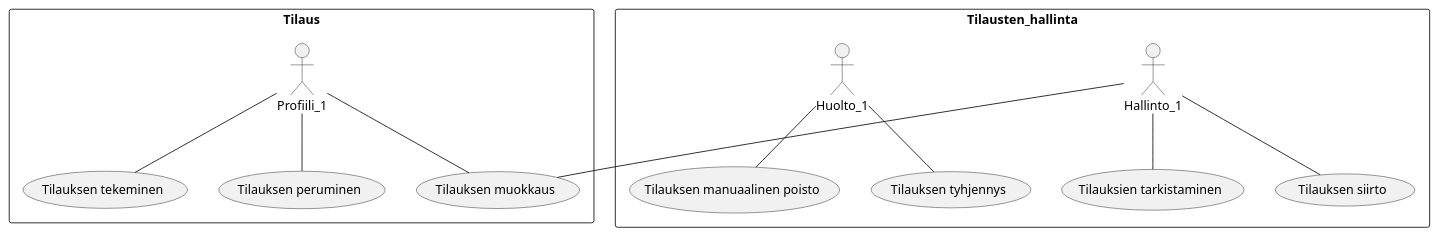
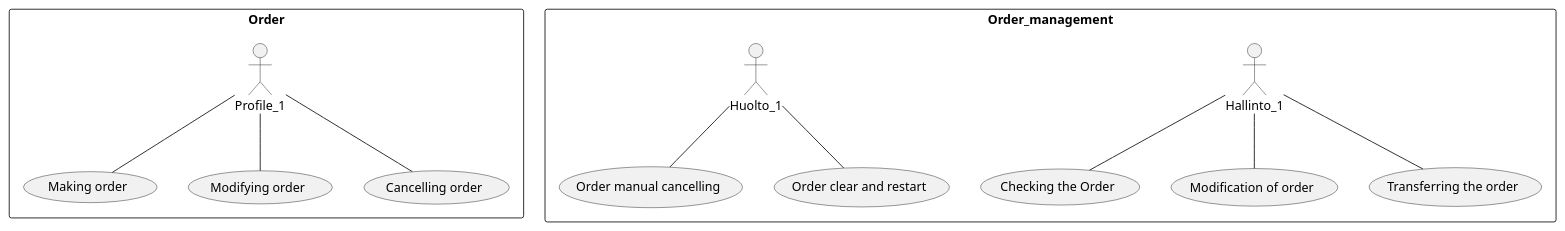
The third of 8 diagrams in docs/20-Requirement-management/requirement-specification.md (ninaleo/ransut-core), drawn with PlantUML before and after one commit. The commit also changed other lines of this file, not shown here.

````diff
--- a/docs/20-Requirement-management/requirement-specification.md
+++ b/docs/20-Requirement-management/requirement-specification.md
@@ -210,17 +209,17 @@
 ```plantuml
 
-rectangle Tilaus {
-Profiili_1--(Tilauksen tekeminen)
-Profiili_1--(Tilauksen muokkaus)
-Profiili_1--(Tilauksen peruminen)
+rectangle Order {
+Profile_1--(Making order)
+Profile_1--(Modifying order)
+Profile_1--(Cancelling order)
 }
 
-rectangle Tilausten_hallinta {
-Hallinto_1--(Tilauksien tarkistaminen)
-Hallinto_1--(Tilauksen muokkaus)
-Hallinto_1--(Tilauksen siirto)
-Huolto_1--(Tilauksen manuaalinen poisto)
-Huolto_1--(Tilauksen tyhjennys)
+rectangle Order_management {
+Hallinto_1--(Checking the Order)
+Hallinto_1--(Modification of order)
+Hallinto_1--(Transferring the order)
+Huolto_1--(Order manual cancelling)
+Huolto_1--(Order clear and restart)
 }
 
 ```
````
